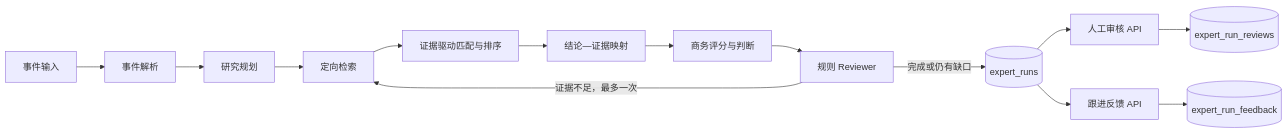
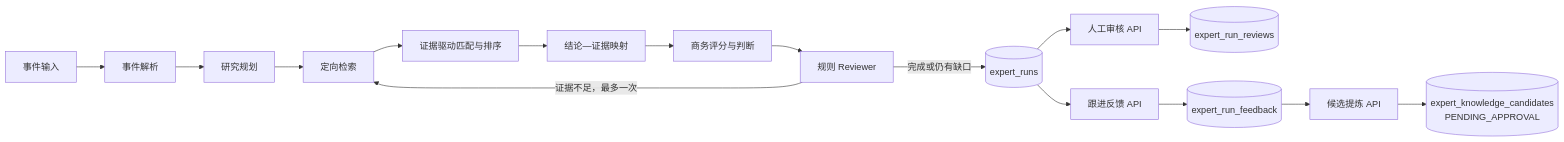
Before and after one commit to FlyingJackLee/expert-engine: the second of 5 diagrams in docs/architecture.md, drawn with Mermaid. The commit also changed other lines of this file and 14 other files, not shown here.

Commit message:
feat: add feedback-driven knowledge candidates

````diff
--- a/docs/architecture.md
+++ b/docs/architecture.md
@@ -55,16 +55,18 @@
 ```mermaid
 flowchart LR
     Input[事件输入] --> Parse[事件解析]
     Parse --> Plan[研究规划]
     Plan --> Search[定向检索]
     Search --> Match[证据驱动匹配与排序]
     Match --> Ground[结论—证据映射]
     Ground --> Score[商务评分与判断]
     Score --> Review[规则 Reviewer]
     Review -->|证据不足，最多一次| Search
     Review -->|完成或仍有缺口| Store[(expert_runs)]
     Store --> Human[人工审核 API]
     Human --> Audit[(expert_run_reviews)]
     Store --> Feedback[跟进反馈 API]
     Feedback --> FeedbackStore[(expert_run_feedback)]
+    FeedbackStore --> Candidate[候选提炼 API]
+    Candidate --> CandidateStore[(expert_knowledge_candidates<br/>PENDING_APPROVAL)]
 ```
````
